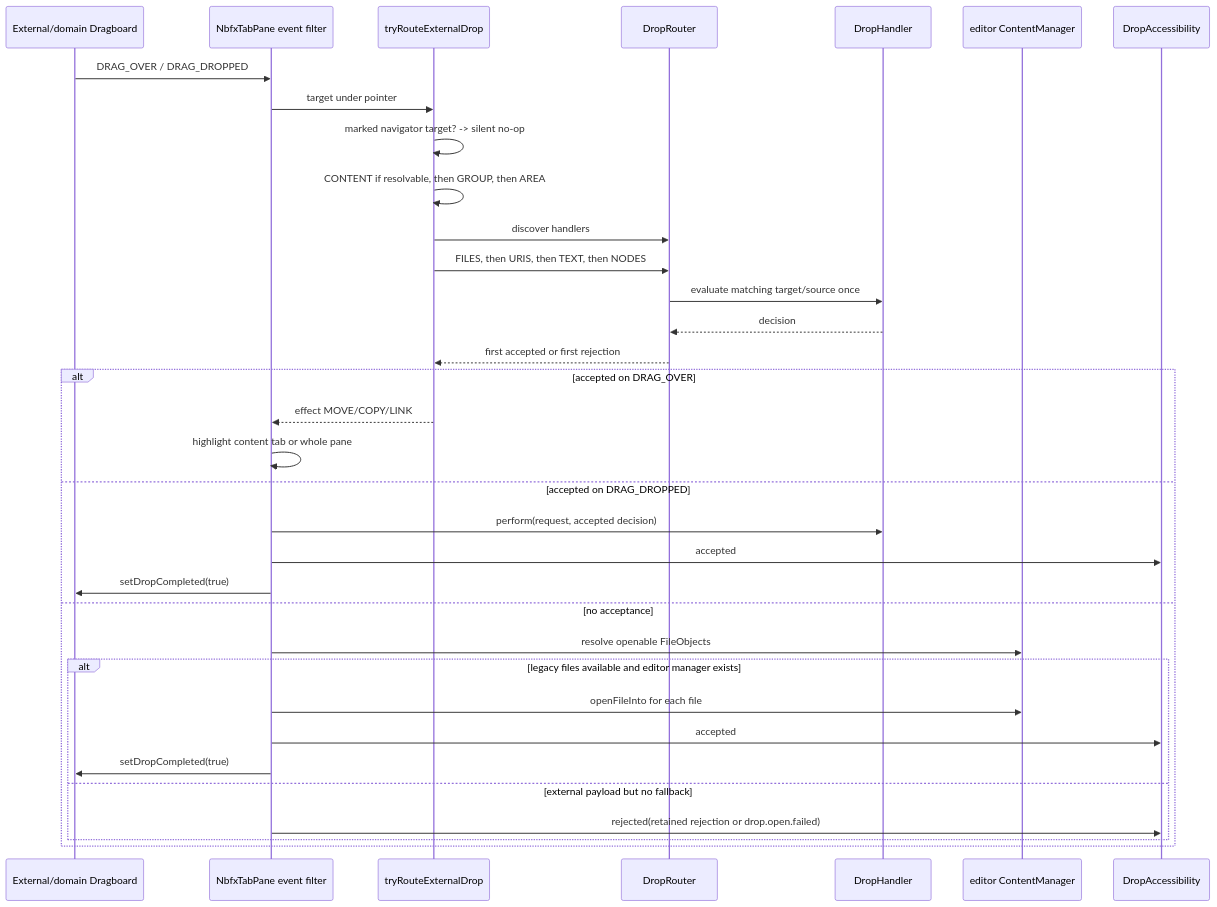
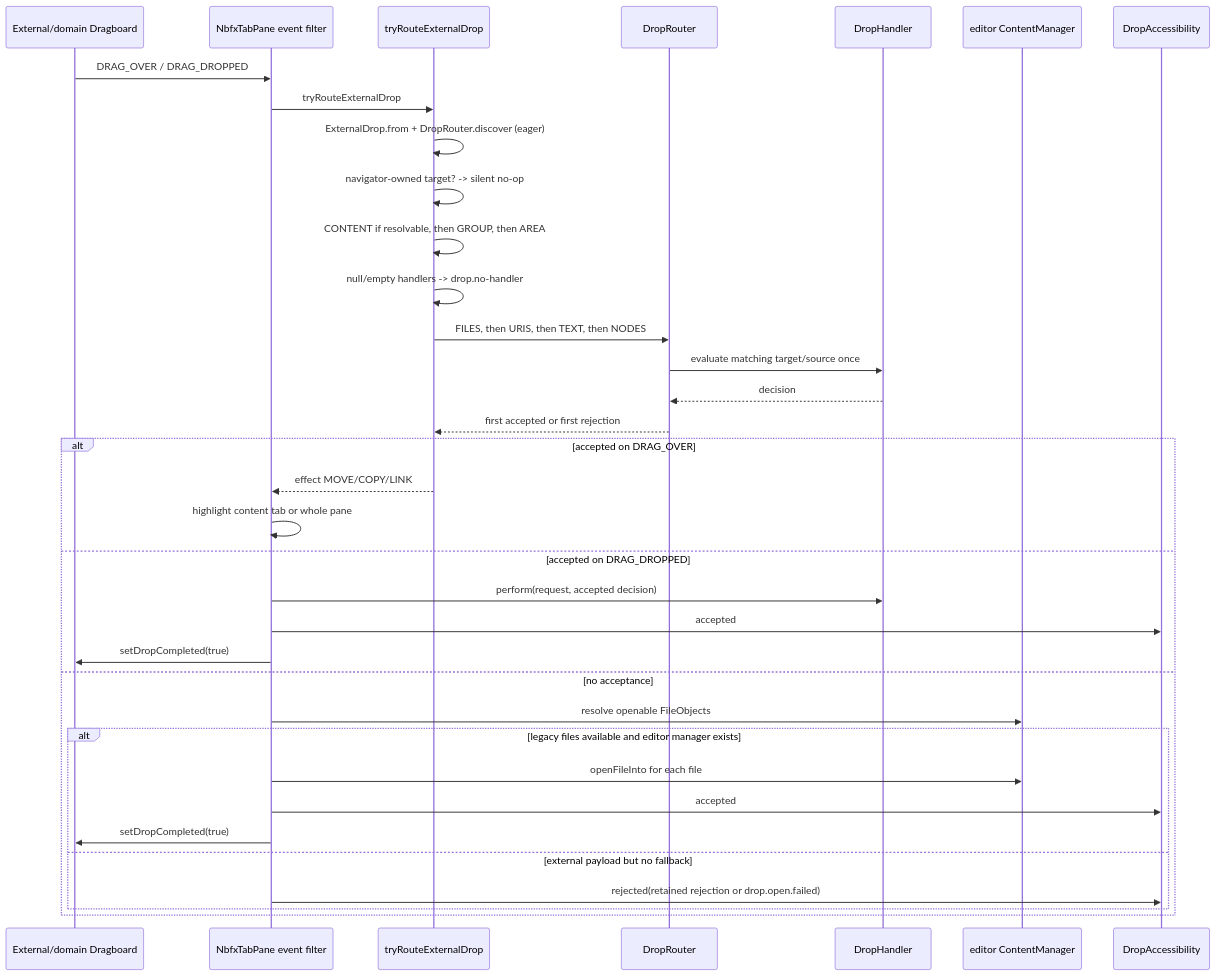
The second of 2 diagrams in docs/manual/cjap-shell-ui/20-drag-and-drop.md (svenreimers/nbfx), drawn with Mermaid before and after one commit. The commit also changed other lines of this file and 26 other files, not shown here.

````diff
--- a/docs/manual/cjap-shell-ui/20-drag-and-drop.md
+++ b/docs/manual/cjap-shell-ui/20-drag-and-drop.md
@@ -304,37 +309,38 @@
 ```mermaid
 sequenceDiagram
     participant OS as External/domain Dragboard
     participant Pane as NbfxTabPane event filter
     participant Route as tryRouteExternalDrop
     participant Router as DropRouter
     participant H as DropHandler
     participant Legacy as editor ContentManager
     participant A11y as DropAccessibility
 
     OS->>Pane: DRAG_OVER / DRAG_DROPPED
-    Pane->>Route: target under pointer
-    Route->>Route: marked navigator target? -> silent no-op
+    Pane->>Route: tryRouteExternalDrop
+    Route->>Route: ExternalDrop.from + DropRouter.discover (eager)
+    Route->>Route: navigator-owned target? -> silent no-op
     Route->>Route: CONTENT if resolvable, then GROUP, then AREA
-    Route->>Router: discover handlers
+    Route->>Route: null/empty handlers -> drop.no-handler
     Route->>Router: FILES, then URIS, then TEXT, then NODES
     Router->>H: evaluate matching target/source once
     H-->>Router: decision
     Router-->>Route: first accepted or first rejection
     alt accepted on DRAG_OVER
         Route-->>Pane: effect MOVE/COPY/LINK
         Pane->>Pane: highlight content tab or whole pane
     else accepted on DRAG_DROPPED
         Pane->>H: perform(request, accepted decision)
         Pane->>A11y: accepted
         Pane->>OS: setDropCompleted(true)
     else no acceptance
         Pane->>Legacy: resolve openable FileObjects
         alt legacy files available and editor manager exists
             Pane->>Legacy: openFileInto for each file
             Pane->>A11y: accepted
             Pane->>OS: setDropCompleted(true)
         else external payload but no fallback
             Pane->>A11y: rejected(retained rejection or drop.open.failed)
         end
     end
 ```
````
